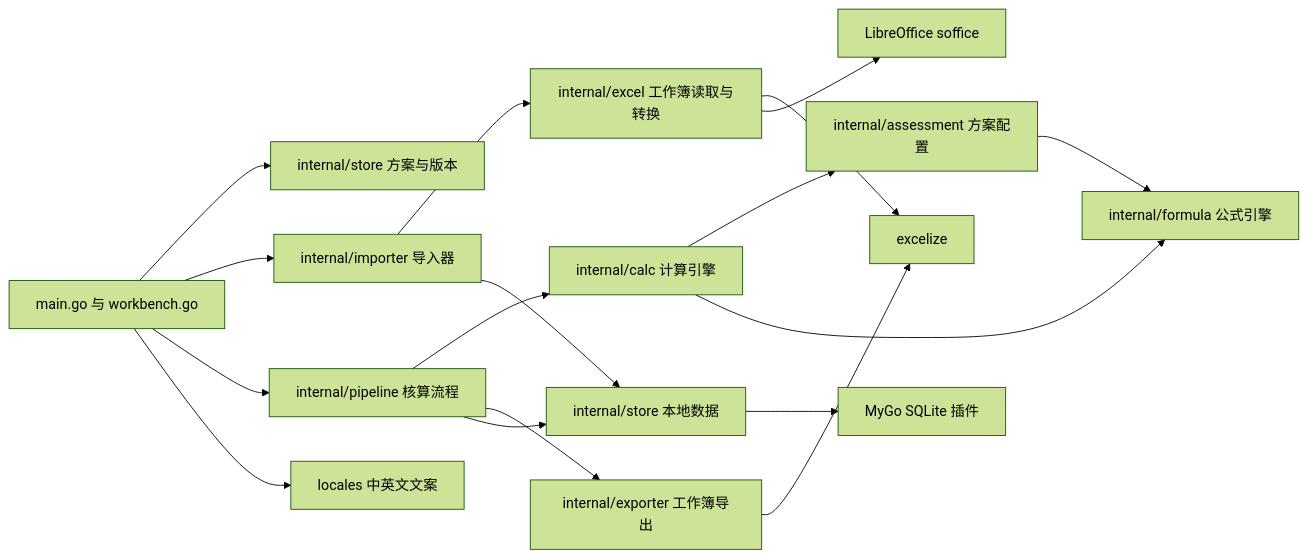
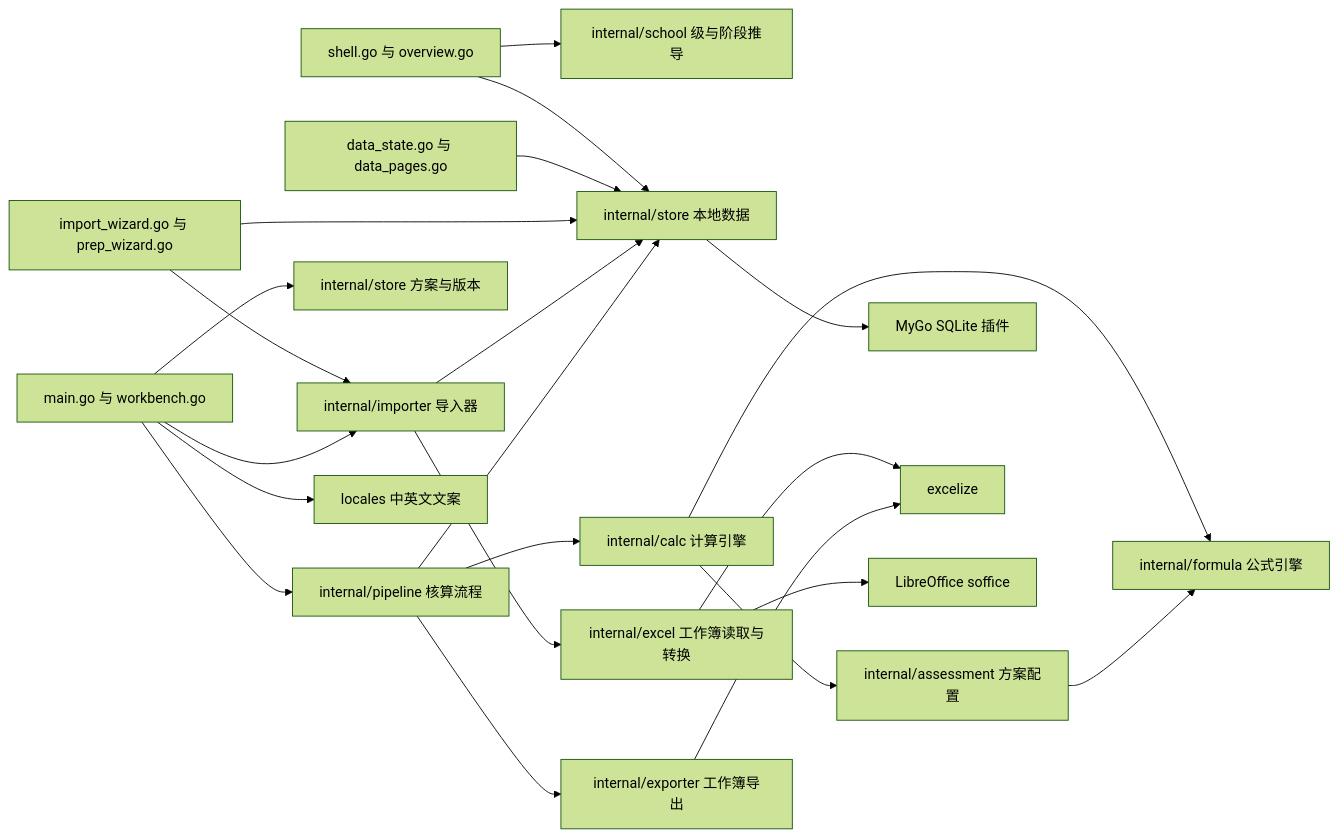
One commit to SivonLi/Tally changed the first of 6 diagrams in docs/system-design.md. Above: the diagram before and after it, drawn with Mermaid (forest theme). The commit also changed other lines of this file and 3 other files, not shown here.

````diff
--- a/docs/system-design.md
+++ b/docs/system-design.md
@@ -29,19 +48,24 @@
 ```mermaid
 flowchart LR
+  SHELL[shell.go 与 overview.go] --> SCHOOL[internal/school 级与阶段推导]
+  SHELL --> STORE[internal/store 级、阶段与设置]
+  DATA[data_state.go 与 data_pages.go] --> STORE
+  WIZARD[import_wizard.go 与 prep_wizard.go] --> IMPORT
+  WIZARD --> STORE
   UI[main.go 与 workbench.go] --> PLAN[internal/store 方案与版本]
   UI --> IMPORT[internal/importer 导入器]
   UI --> PIPE[internal/pipeline 核算流程]
   UI --> LOCALES[locales 中英文文案]
   IMPORT --> EXCEL[internal/excel 工作簿读取与转换]
   IMPORT --> STORE[internal/store 本地数据]
   PIPE --> CALC[internal/calc 计算引擎]
   PIPE --> EXPORT[internal/exporter 工作簿导出]
   PIPE --> STORE
   CALC --> ASSESS[internal/assessment 方案配置]
   CALC --> FORMULA[internal/formula 公式引擎]
   ASSESS --> FORMULA
   STORE --> SQLITE[MyGo SQLite 插件]
   EXCEL --> EXCELIZE[excelize]
   EXCEL --> SOFFICE[LibreOffice soffice]
   EXPORT --> EXCELIZE
 ```
````
